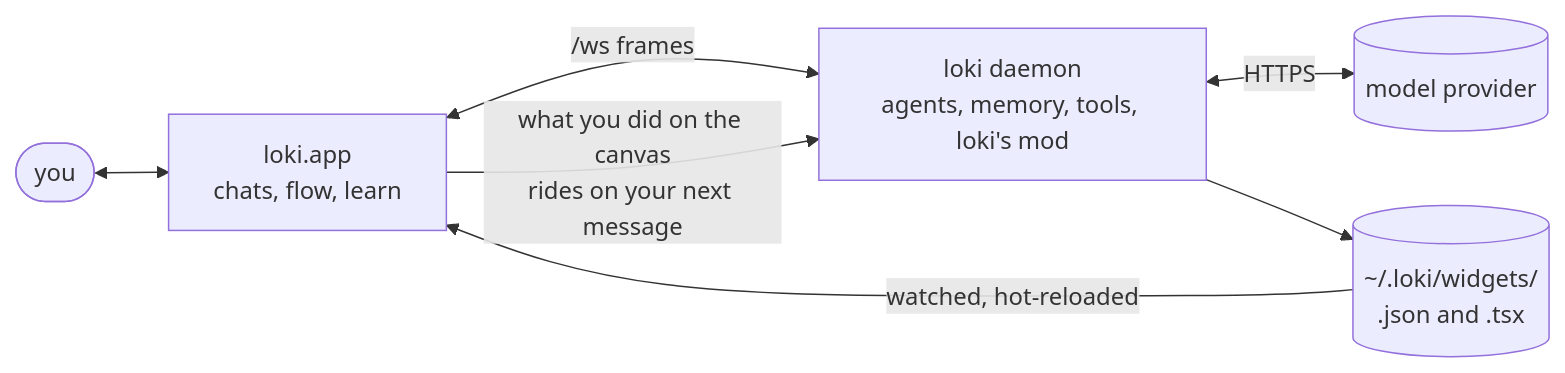
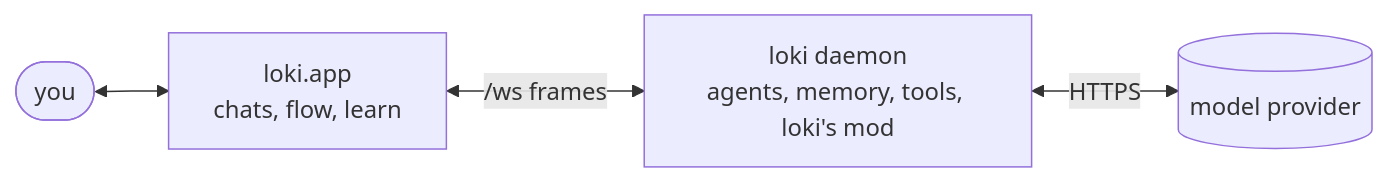
Before and after one commit to AlmondLabs/loki: the diagram in README.md, drawn with Mermaid. The commit also changed other lines of this file and 209 other files, not shown here.

````diff
--- a/README.md
+++ b/README.md
@@ -186,9 +158,6 @@
 ```mermaid
 flowchart LR
   you([you]) <--> app[loki.app<br/>chats, flow, learn]
   app <-->|"/ws frames"| daemon[loki daemon<br/>agents, memory, tools, loki's mod]
   daemon <-->|HTTPS| provider[(model provider)]
-  daemon --> files[("~/.loki/widgets/<br/>.json and .tsx")]
-  files -->|"watched, hot-reloaded"| app
-  app -->|"what you did on the canvas<br/>rides on your next message"| daemon
 ```
````
